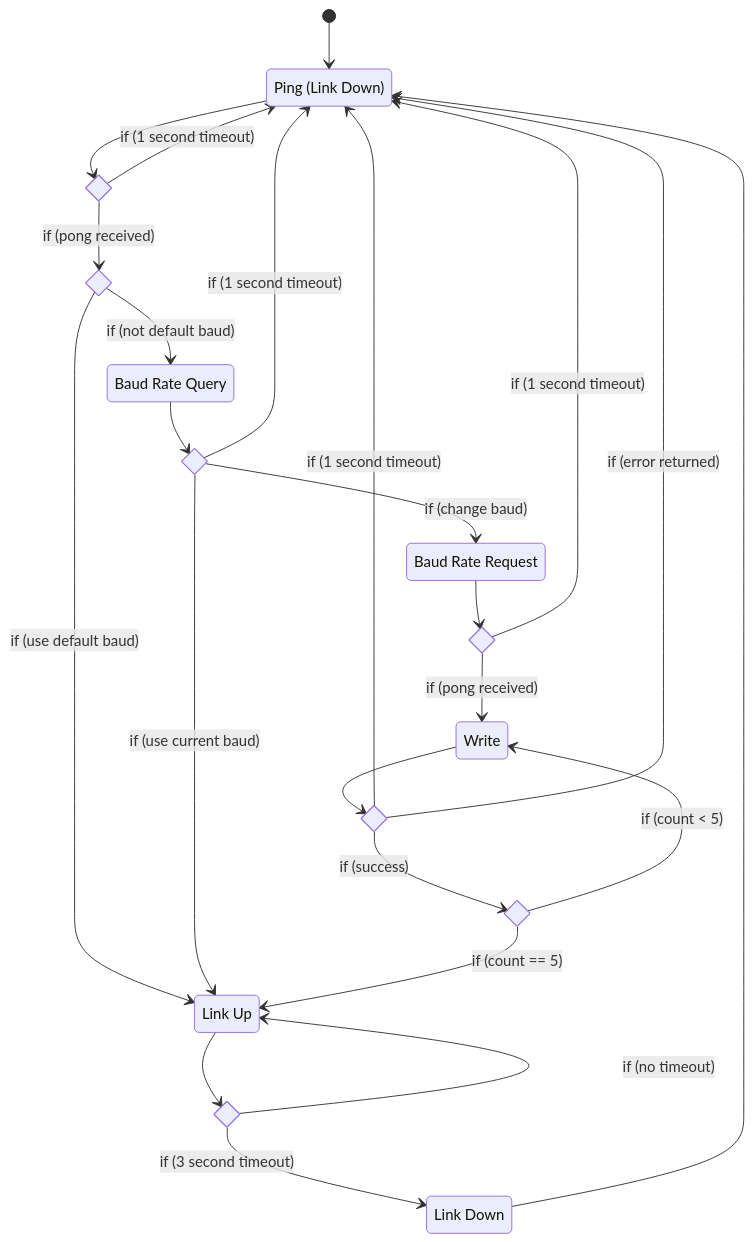
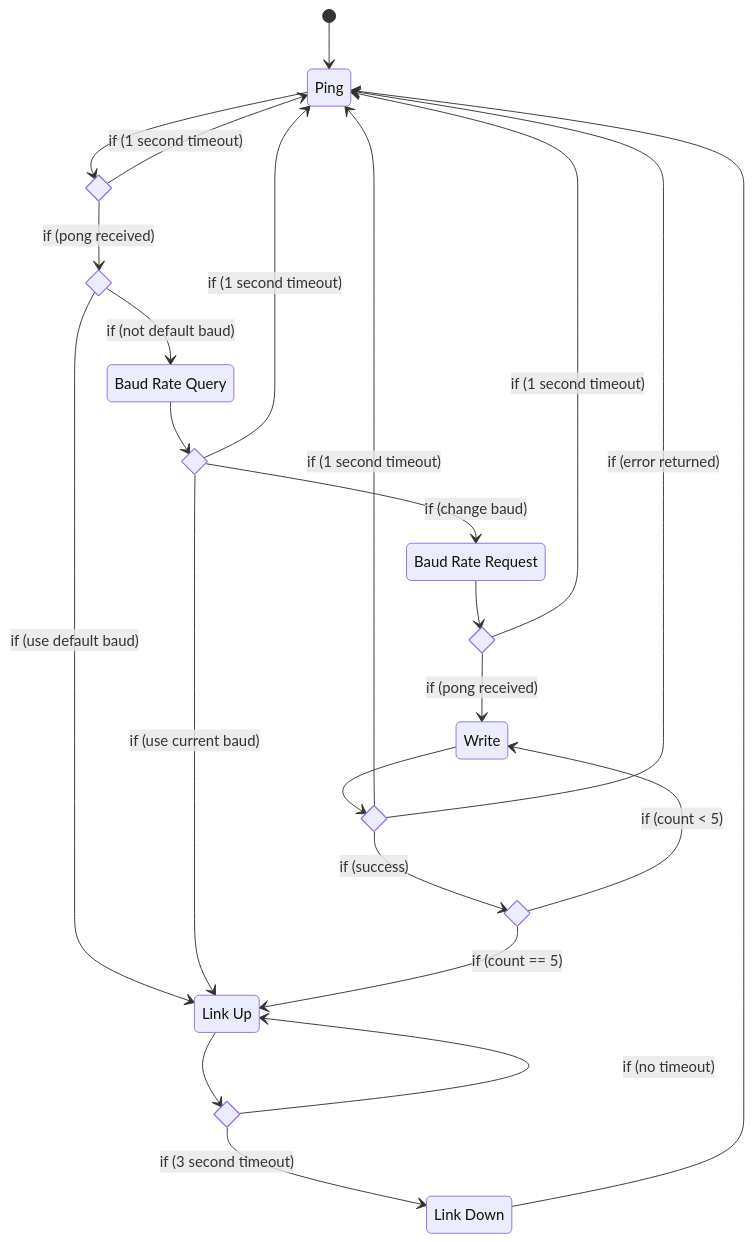
The fourth of 7 diagrams in src/traction_modem/README.md (bakerstu/openmrn), drawn with Mermaid before and after one commit. The commit also changed other lines of this file, not shown here.

````diff
--- a/src/traction_modem/README.md
+++ b/src/traction_modem/README.md
@@ -56,56 +56,56 @@
 ```mermaid
 stateDiagram
     direction TB
 
-    Ping: Ping (Link Down)
+    Ping: Ping
     BaudRateQuery: Baud Rate Query
     PingBaudRateChange: Baud Rate Request
     Write: Write
     LinkUp: Link Up
     LinkDown: Link Down
 
     state PongState <<choice>>
     state DefaultBaudState <<choice>>
     state BaudRateQueryResponseState <<choice>>
     state PongBaudRateChangeState <<choice>>
     state WriteResponseState <<choice>>
     state WriteResponseRepeatState <<choice>>
     state LinkTimeoutState <<choice>>
 
     [*]                        --> Ping
 
     Ping                       --> PongState
 
     PongState                  --> Ping: if (1 second timeout)
     PongState                  --> DefaultBaudState: if (pong received)
 
     DefaultBaudState           --> LinkUp: if (use default baud)
     DefaultBaudState           --> BaudRateQuery: if (not default baud)
 
     BaudRateQuery              --> BaudRateQueryResponseState
 
     BaudRateQueryResponseState --> Ping: if (1 second timeout)
     BaudRateQueryResponseState --> LinkUp: if (use current baud)
     BaudRateQueryResponseState --> PingBaudRateChange: if (change baud)
 
     PingBaudRateChange         --> PongBaudRateChangeState
 
     PongBaudRateChangeState    --> Ping: if (1 second timeout)
     PongBaudRateChangeState    --> Write: if (pong received)
 
     Write                      --> WriteResponseState
 
     WriteResponseState         --> Ping: if (1 second timeout)
     WriteResponseState         --> Ping: if (error returned)
     WriteResponseState         --> WriteResponseRepeatState: if (success)
 
     WriteResponseRepeatState   --> Write: if (count < 5)
     WriteResponseRepeatState   --> LinkUp: if (count == 5)
 
     LinkUp                     --> LinkTimeoutState
 
     LinkTimeoutState           --> LinkDown: if (3 second timeout)
     LinkTimeoutState           --> LinkUp: if (no timeout)
 
     LinkDown                   --> Ping
 ```
````
